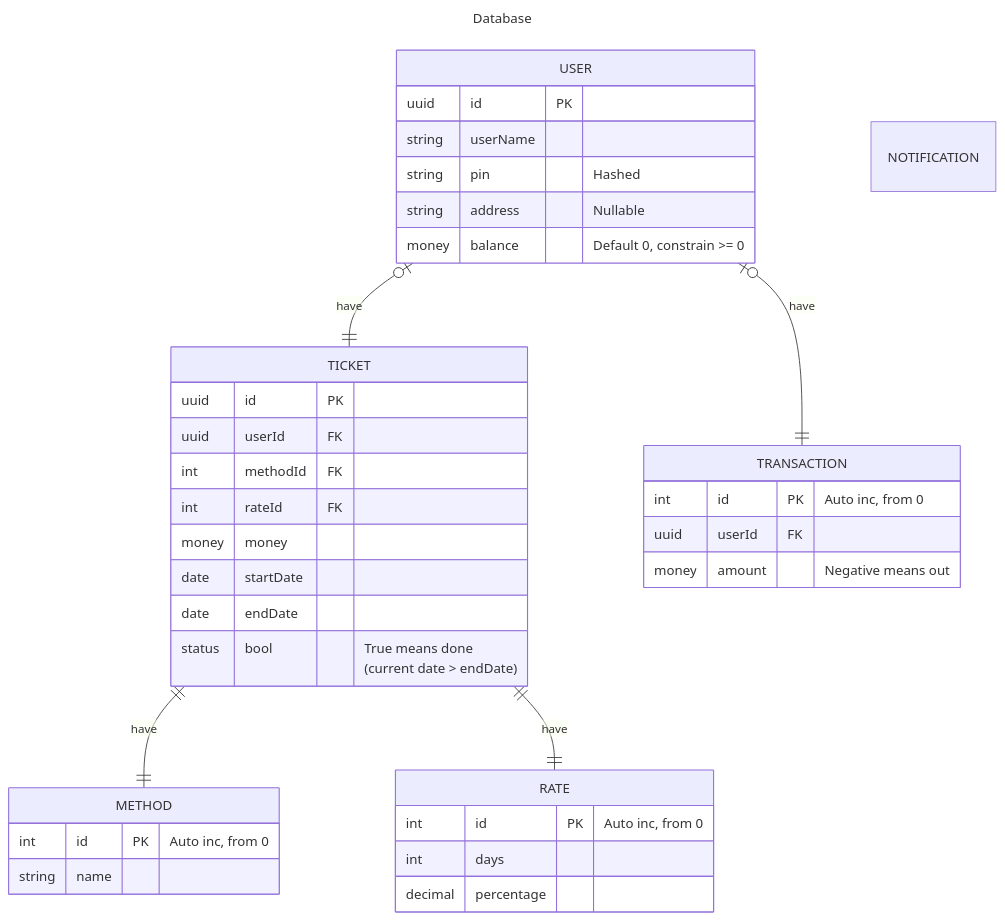
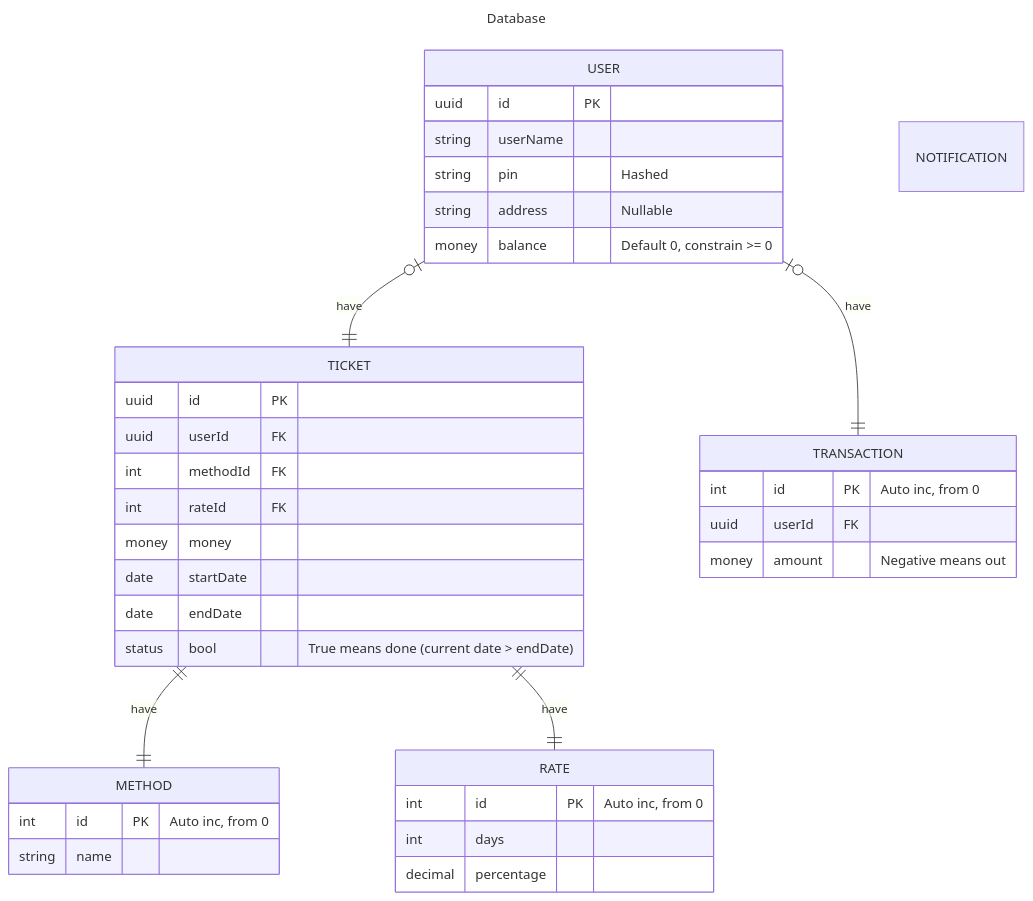
One commit to coinhub-uit/.github changed the diagram in profile/README.md. Above: the diagram before and after it, drawn with Mermaid.

Commit message:
chore: remove <br />

````diff
--- a/profile/README.md
+++ b/profile/README.md
@@ -3,50 +3,50 @@
 ```mermaid
 ---
 title: Database
 ---
 erDiagram
   USER {
     uuid id PK
     string userName
     string pin "Hashed"
     string address "Nullable"
     money balance "Default 0, constrain >= 0"
   }
 
   METHOD {
     int id PK "Auto inc, from 0"
     string name
   }
 
   RATE {
     int id PK "Auto inc, from 0"
     int days
     decimal percentage
   }
 
   TICKET {
     uuid id PK
     uuid userId FK
     int methodId FK
     int rateId FK
     money money
     date startDate
     date endDate
-    status bool "True means done<br />(current date > endDate)"
+    status bool "True means done (current date > endDate)"
   }
 
   TRANSACTION {
     int id PK "Auto inc, from 0"
     uuid userId FK
     money amount "Negative means out"
   }
 
   NOTIFICATION {
 
   }
 
   USER |o--|| TICKET : have
   TICKET ||--|| METHOD : have
   TICKET ||--|| RATE : have
   USER |o--|| TRANSACTION : have
 ```
````
